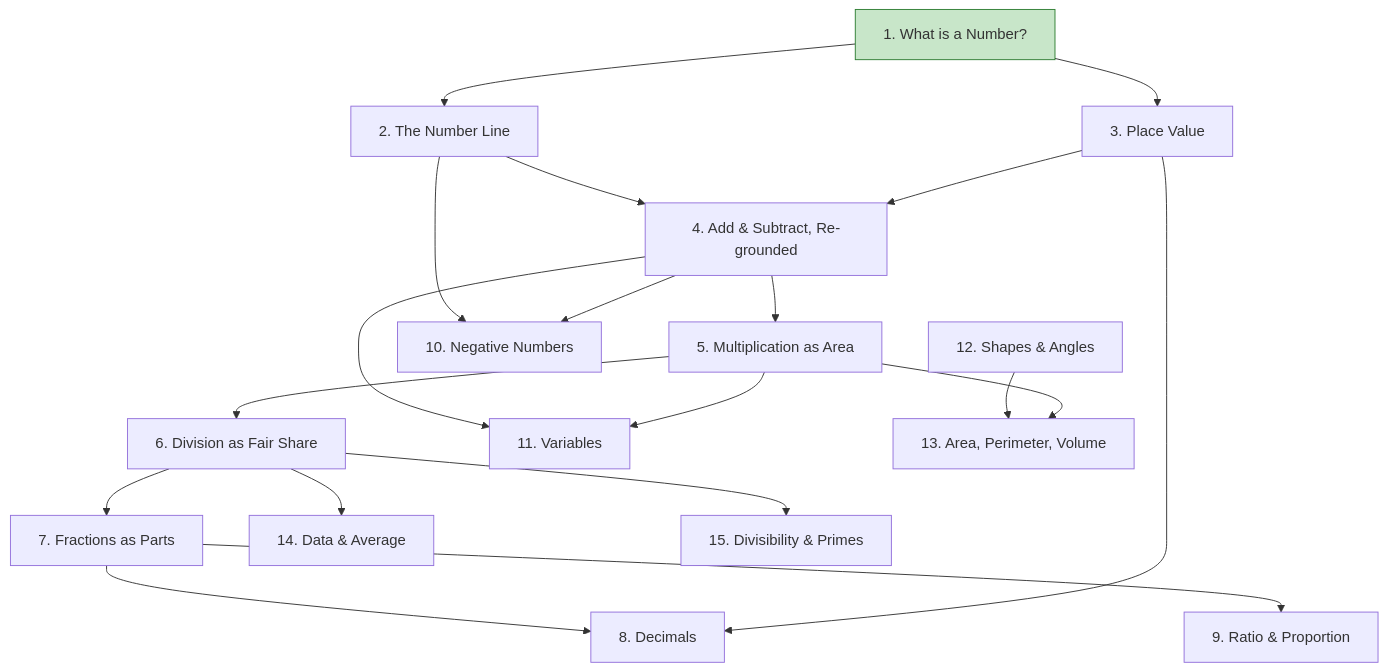
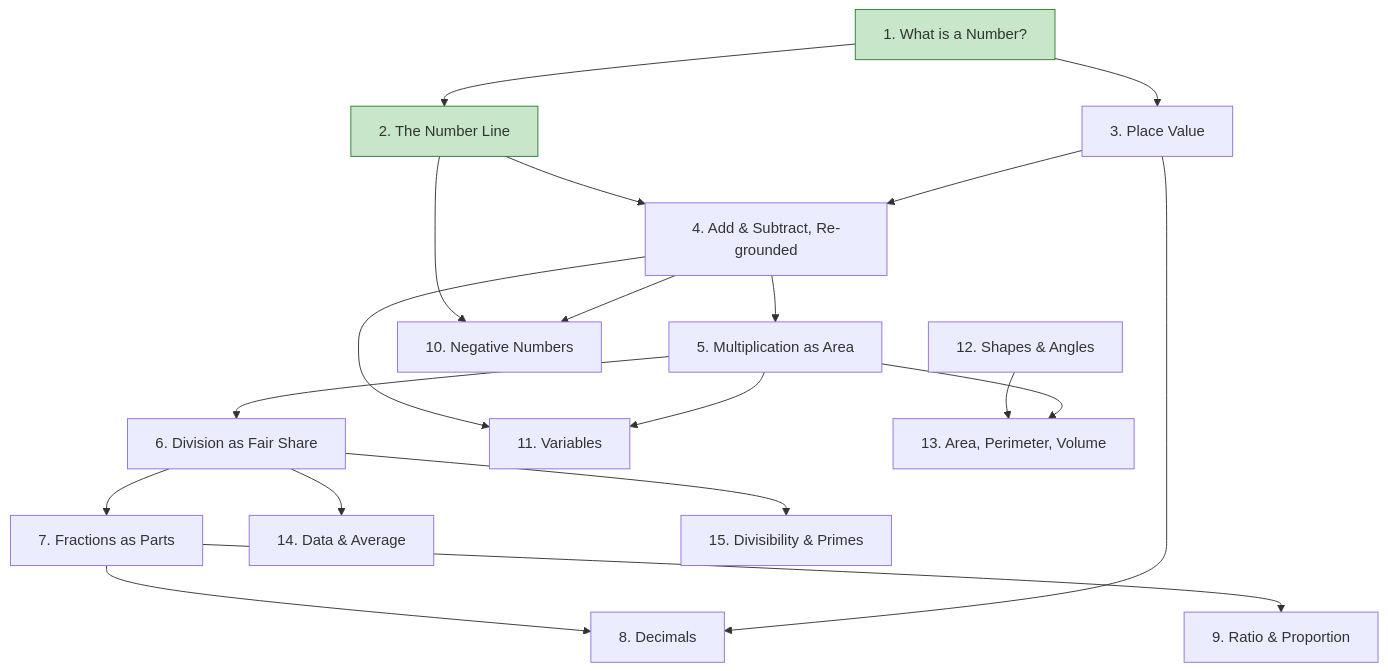
The diagram in lessons/tier-1-foundations/index.qmd (rajeshpillai/applied-maths), drawn with Mermaid before and after one commit. The commit also changed other lines of this file and 4 other files, not shown here.

````diff
--- a/lessons/tier-1-foundations/index.qmd
+++ b/lessons/tier-1-foundations/index.qmd
@@ -29,24 +29,24 @@
 ```{mermaid}
 flowchart TD
     A[1. What is a Number?] --> B[2. The Number Line]
     A --> C[3. Place Value]
     B --> D[4. Add & Subtract, Re-grounded]
     C --> D
     D --> E[5. Multiplication as Area]
     E --> F[6. Division as Fair Share]
     F --> G[7. Fractions as Parts]
     G --> H[8. Decimals]
     C --> H
     G --> I[9. Ratio & Proportion]
     B --> J[10. Negative Numbers]
     D --> J
     D --> K[11. Variables]
     E --> K
     L[12. Shapes & Angles] --> M[13. Area, Perimeter, Volume]
     E --> M
     F --> N[14. Data & Average]
     F --> O[15. Divisibility & Primes]
 
     classDef done fill:#c8e6c9,stroke:#2e7d32
-    class A done
+    class A,B done
 ```
````
